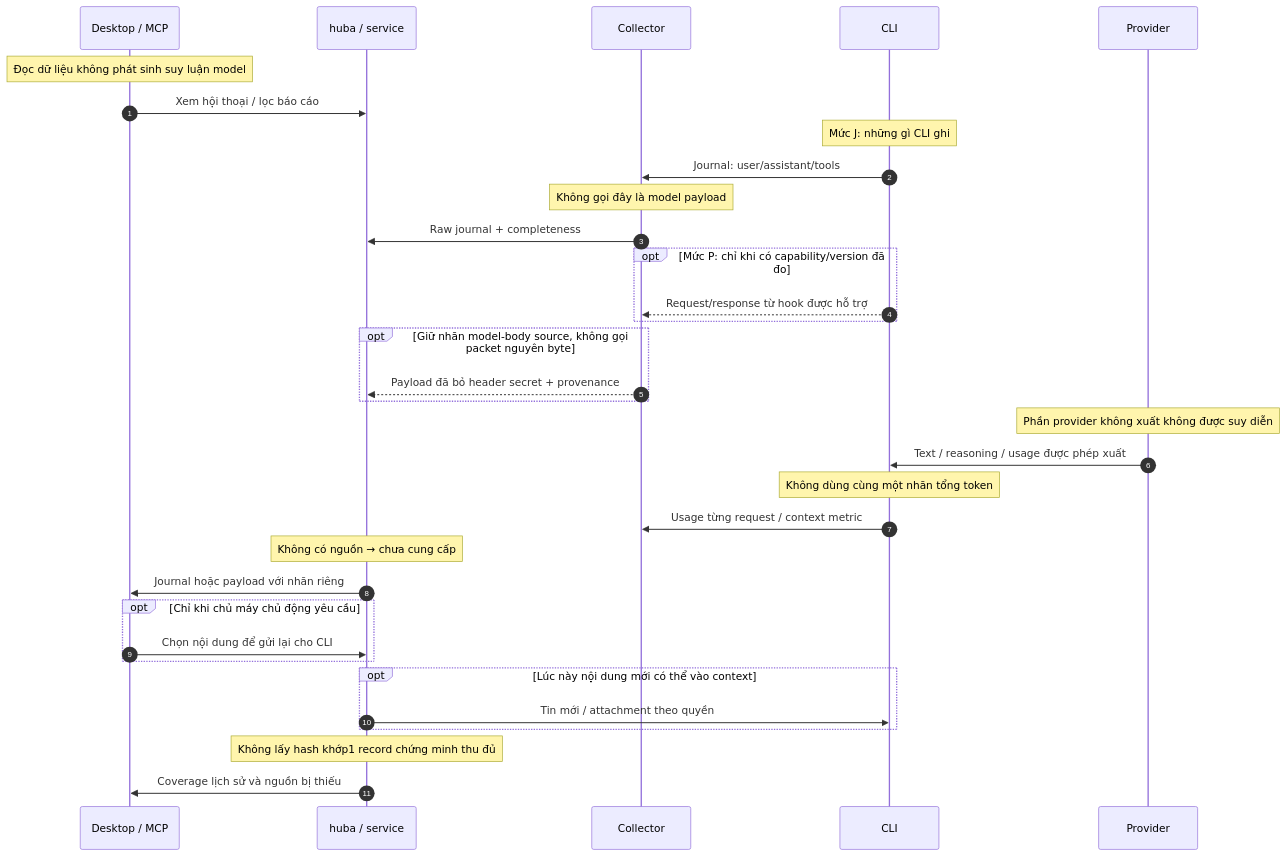
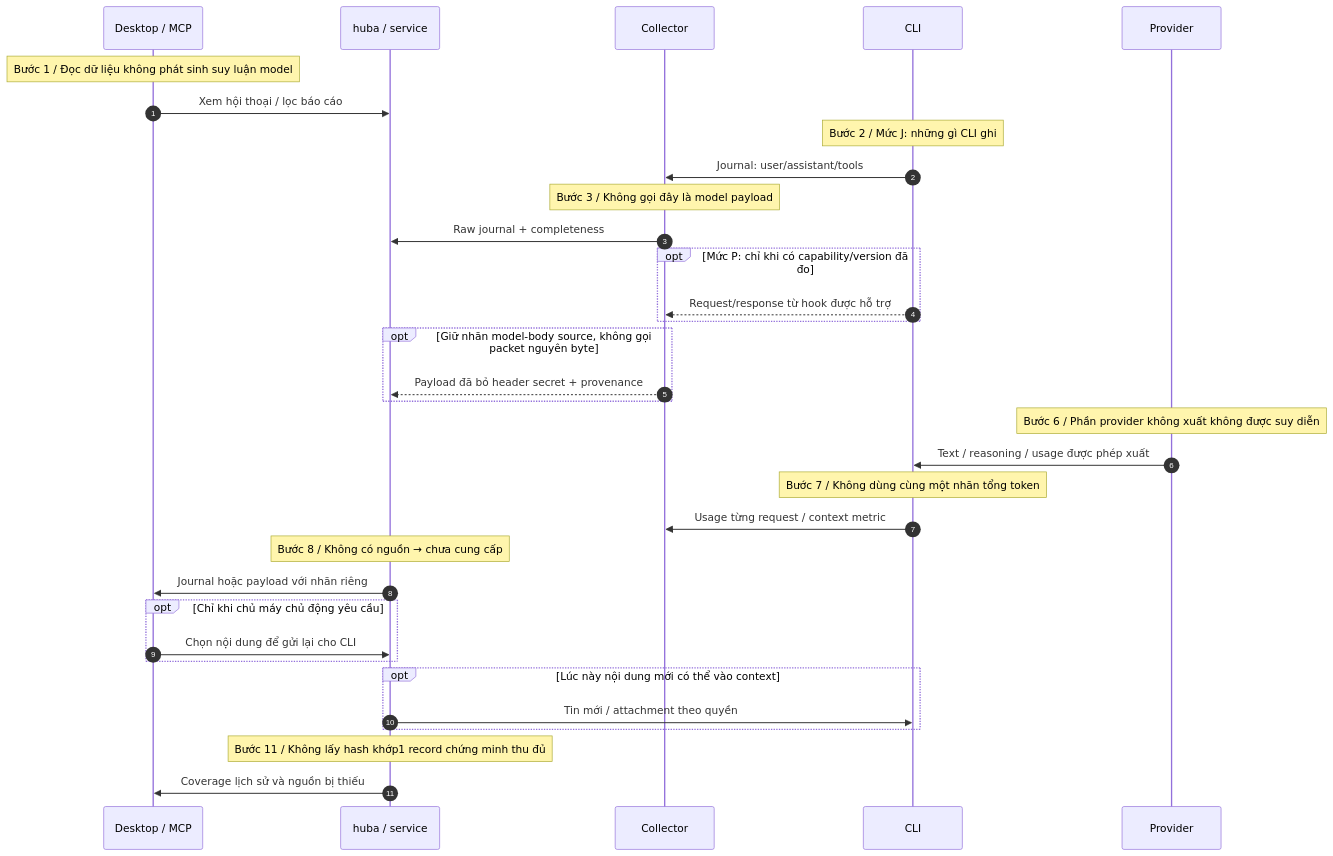
Diagram 18 of 19 in docs/flows/index.md (dipgle/tele-sihub), drawn with Mermaid before and after one commit. The commit also changed other lines of this file and 184 other files, not shown here.

First line of the commit message:
docs(ui): chốt tài liệu UI 16/11 + xác minh lại hai engine trên bản đang có

````diff
--- a/docs/flows/index.md
+++ b/docs/flows/index.md
@@ -779,35 +1190,35 @@
 ```mermaid
 sequenceDiagram
     autonumber
     participant P0 as Desktop / MCP
     participant P1 as huba / service
     participant P2 as Collector
     participant P3 as CLI
     participant P4 as Provider
-    Note over P0: Đọc dữ liệu không phát sinh suy luận model
+    Note over P0: Bước 1 / Đọc dữ liệu không phát sinh suy luận model
     P0->>P1: Xem hội thoại / lọc báo cáo
-    Note over P3: Mức J: những gì CLI ghi
+    Note over P3: Bước 2 / Mức J: những gì CLI ghi
     P3->>P2: Journal: user/assistant/tools
-    Note over P2: Không gọi đây là model payload
+    Note over P2: Bước 3 / Không gọi đây là model payload
     P2->>P1: Raw journal + completeness
     opt Mức P: chỉ khi có capability/version đã đo
     P3-->>P2: Request/response từ hook được hỗ trợ
     end
     opt Giữ nhãn model-body source, không gọi packet nguyên byte
     P2-->>P1: Payload đã bỏ header secret + provenance
     end
-    Note over P4: Phần provider không xuất không được suy diễn
+    Note over P4: Bước 6 / Phần provider không xuất không được suy diễn
     P4->>P3: Text / reasoning / usage được phép xuất
-    Note over P3: Không dùng cùng một nhãn tổng token
+    Note over P3: Bước 7 / Không dùng cùng một nhãn tổng token
     P3->>P2: Usage từng request / context metric
-    Note over P1: Không có nguồn → chưa cung cấp
+    Note over P1: Bước 8 / Không có nguồn → chưa cung cấp
     P1->>P0: Journal hoặc payload với nhãn riêng
     opt Chỉ khi chủ máy chủ động yêu cầu
     P0->>P1: Chọn nội dung để gửi lại cho CLI
     end
     opt Lúc này nội dung mới có thể vào context
     P1->>P3: Tin mới / attachment theo quyền
     end
-    Note over P1: Không lấy hash khớp1 record chứng minh thu đủ
+    Note over P1: Bước 11 / Không lấy hash khớp1 record chứng minh thu đủ
     P1->>P0: Coverage lịch sử và nguồn bị thiếu
 ```
````
